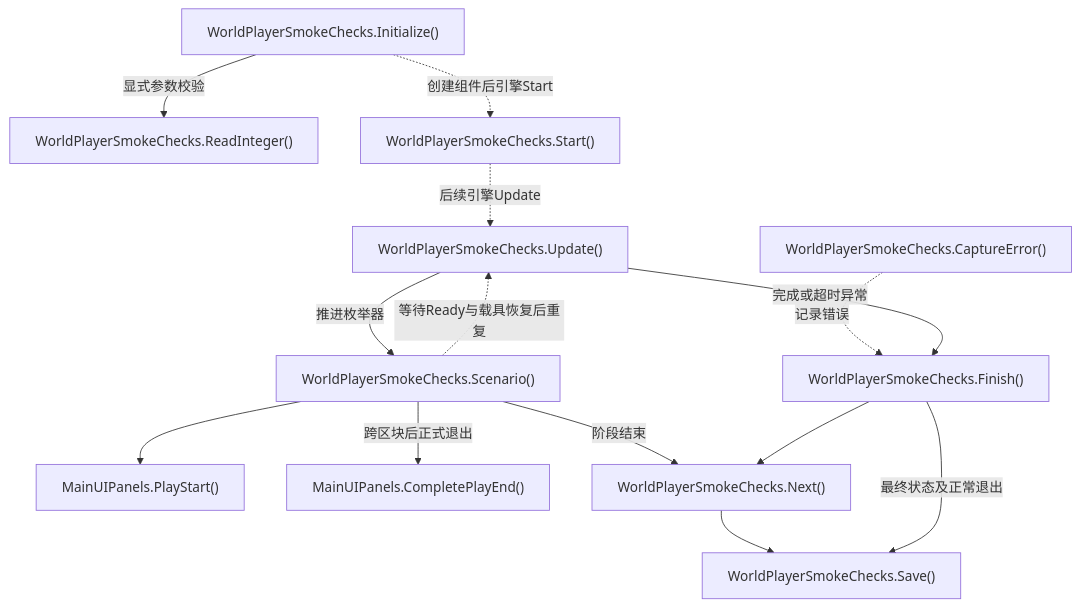
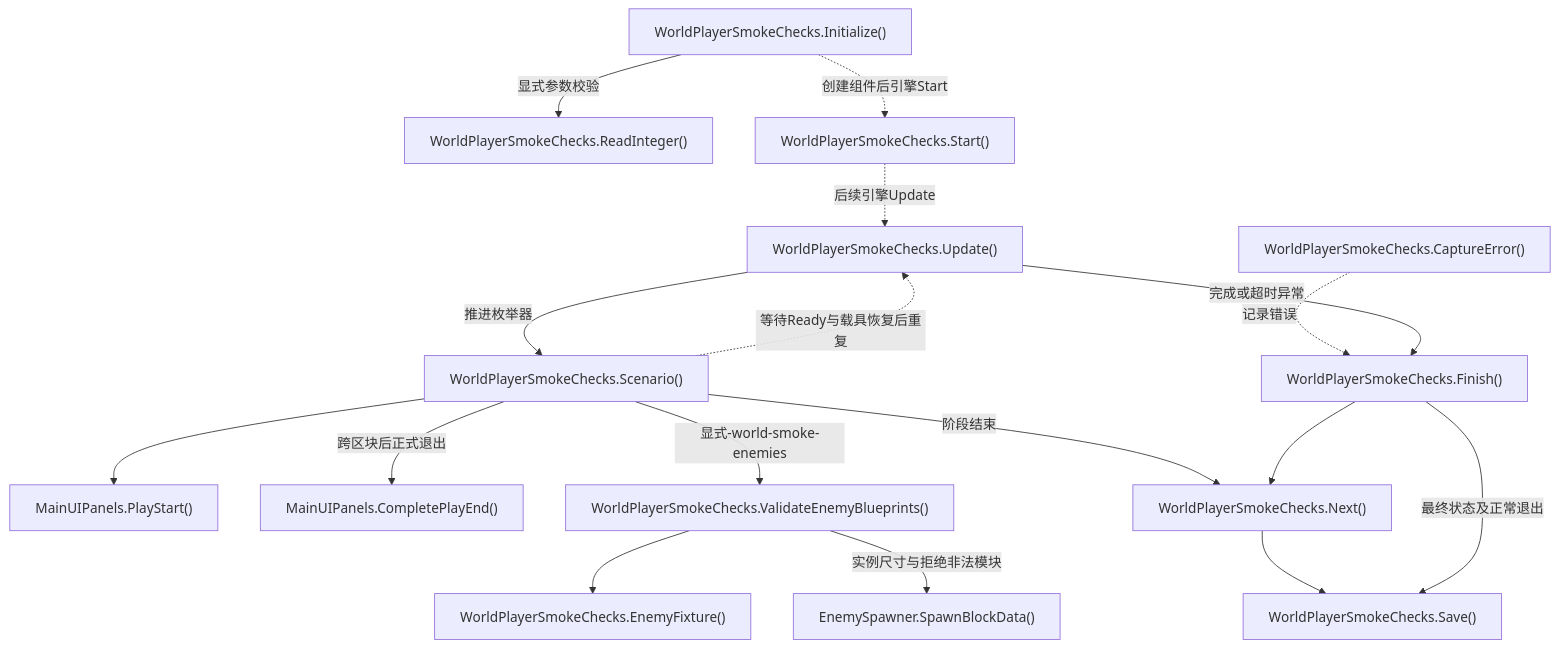
Diagram 24 of 24 in Docs/RuntimeFlow.md (kukudia/HY-Sandbox), drawn with Mermaid before and after one commit. The commit also changed other lines of this file and 10 other files, not shown here.

````diff
--- a/Docs/RuntimeFlow.md
+++ b/Docs/RuntimeFlow.md
@@ -2140,38 +2209,47 @@
 ```mermaid
 flowchart TD
     A["WorldPlayerSmokeChecks.Initialize()"]
-    click A "../Assets/Scripts/Features/World/WorldPlayerSmokeChecks.cs#L58" "打开源码"
+    click A "../Assets/Scripts/Features/World/WorldPlayerSmokeChecks.cs#L59" "打开源码"
     B["WorldPlayerSmokeChecks.ReadInteger()"]
-    click B "../Assets/Scripts/Features/World/WorldPlayerSmokeChecks.cs#L103" "打开源码"
+    click B "../Assets/Scripts/Features/World/WorldPlayerSmokeChecks.cs#L105" "打开源码"
     C["WorldPlayerSmokeChecks.Start()"]
-    click C "../Assets/Scripts/Features/World/WorldPlayerSmokeChecks.cs#L113" "打开源码"
+    click C "../Assets/Scripts/Features/World/WorldPlayerSmokeChecks.cs#L115" "打开源码"
     D["WorldPlayerSmokeChecks.Update()"]
-    click D "../Assets/Scripts/Features/World/WorldPlayerSmokeChecks.cs#L130" "打开源码"
+    click D "../Assets/Scripts/Features/World/WorldPlayerSmokeChecks.cs#L132" "打开源码"
     E["WorldPlayerSmokeChecks.Scenario()"]
-    click E "../Assets/Scripts/Features/World/WorldPlayerSmokeChecks.cs#L159" "打开源码"
+    click E "../Assets/Scripts/Features/World/WorldPlayerSmokeChecks.cs#L161" "打开源码"
     F["MainUIPanels.PlayStart()"]
     click F "../Assets/Scripts/Features/Presentation/MainUIPanels.cs#L226" "打开源码"
     G["MainUIPanels.CompletePlayEnd()"]
     click G "../Assets/Scripts/Features/Presentation/MainUIPanels.cs#L273" "打开源码"
     H["WorldPlayerSmokeChecks.Next()"]
-    click H "../Assets/Scripts/Features/World/WorldPlayerSmokeChecks.cs#L297" "打开源码"
+    click H "../Assets/Scripts/Features/World/WorldPlayerSmokeChecks.cs#L412" "打开源码"
     I["WorldPlayerSmokeChecks.Save()"]
-    click I "../Assets/Scripts/Features/World/WorldPlayerSmokeChecks.cs#L318" "打开源码"
+    click I "../Assets/Scripts/Features/World/WorldPlayerSmokeChecks.cs#L433" "打开源码"
     J["WorldPlayerSmokeChecks.Finish()"]
-    click J "../Assets/Scripts/Features/World/WorldPlayerSmokeChecks.cs#L323" "打开源码"
+    click J "../Assets/Scripts/Features/World/WorldPlayerSmokeChecks.cs#L438" "打开源码"
     K["WorldPlayerSmokeChecks.CaptureError()"]
-    click K "../Assets/Scripts/Features/World/WorldPlayerSmokeChecks.cs#L310" "打开源码"
+    click K "../Assets/Scripts/Features/World/WorldPlayerSmokeChecks.cs#L425" "打开源码"
+    L["WorldPlayerSmokeChecks.ValidateEnemyBlueprints()"]
+    click L "../Assets/Scripts/Features/World/WorldPlayerSmokeChecks.cs#L339" "打开源码"
+    M["WorldPlayerSmokeChecks.EnemyFixture()"]
+    click M "../Assets/Scripts/Features/World/WorldPlayerSmokeChecks.cs#L303" "打开源码"
+    N["EnemySpawner.SpawnBlockData()"]
+    click N "../Assets/Scripts/Features/Combat/EnemySpawner.cs#L156" "打开源码"
     A -->|显式参数校验| B
     A -.->|创建组件后引擎Start| C
     C -.->|后续引擎Update| D
     D -->|推进枚举器| E
     E --> F
+    E -->|显式-world-smoke-enemies| L
+    L --> M
+    L -->|实例尺寸与拒绝非法模块| N
     E -->|跨区块后正式退出| G
     E -->|阶段结束| H
     H --> I
     E -.->|等待Ready与载具恢复后重复| D
     K -.->|记录错误| J
     D -->|完成或超时异常| J
     J --> H
     J -->|最终状态及正常退出| I
 ```
````
